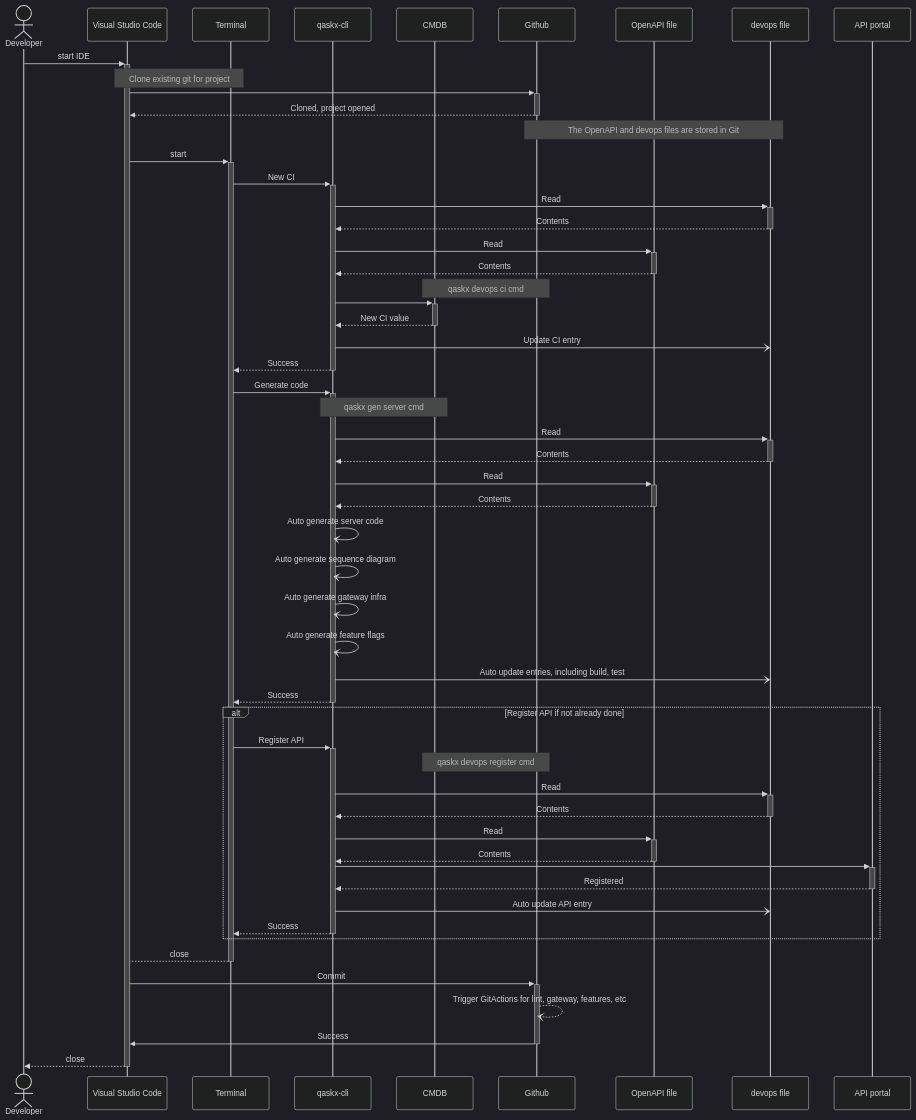
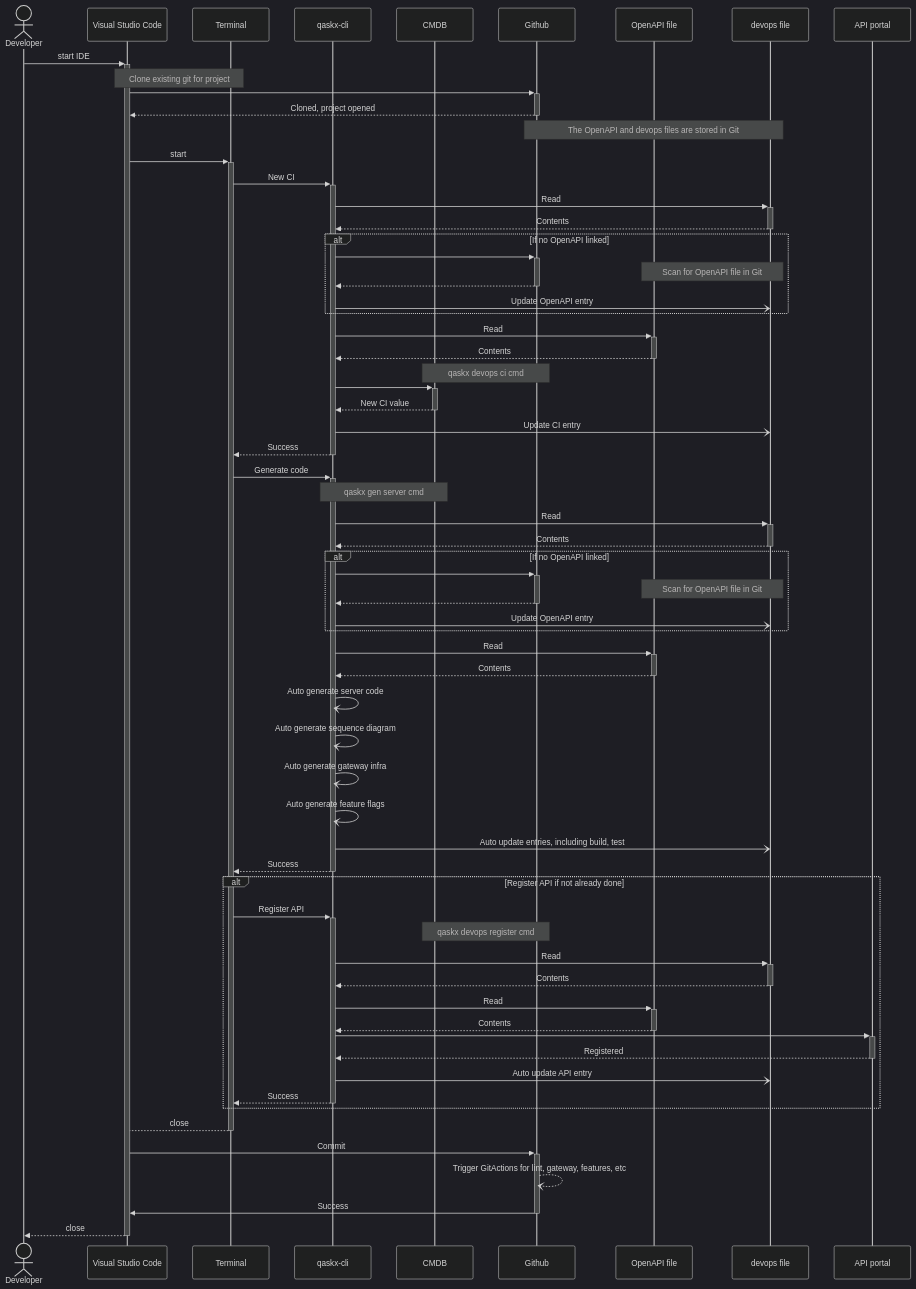
Before and after one commit to meerkat-manor/rediOps: the first of 2 diagrams in docs/developers_server_start.md, drawn with Mermaid (dark theme). The commit also changed other lines of this file and 1 other file, not shown here.

Commit message:
Corrected API dependency handling Added automation for OpenAPI scan

```diff
--- a/docs/developers_server_start.md
+++ b/docs/developers_server_start.md
@@ -53,6 +53,14 @@
     term ->>+ qaskx: New CI
     qaskx ->>+ devops: Read 
     devops -->>- qaskx: Contents
+
+    alt If no OpenAPI linked
+    qaskx ->>+ git:  
+    Note over oas3f, devops: Scan for OpenAPI file in Git
+    git -->>- qaskx: 
+    qaskx -) devops: Update OpenAPI entry
+    end
+
     qaskx ->>+ oas3f: Read 
     oas3f -->>- qaskx: Contents
     Note over cmdb, git: qaskx devops ci cmd
@@ -65,6 +73,14 @@
     Note over qaskx, cmdb: qaskx gen server cmd
     qaskx ->>+ devops: Read 
     devops -->>- qaskx: Contents
+
+    alt If no OpenAPI linked
+    qaskx ->>+ git:  
+    Note over oas3f, devops: Scan for OpenAPI file in Git
+    git -->>- qaskx: 
+    qaskx -) devops: Update OpenAPI entry
+    end
+
     qaskx ->>+ oas3f: Read 
     oas3f -->>- qaskx: Contents
     qaskx -) qaskx: Auto generate server code
```
